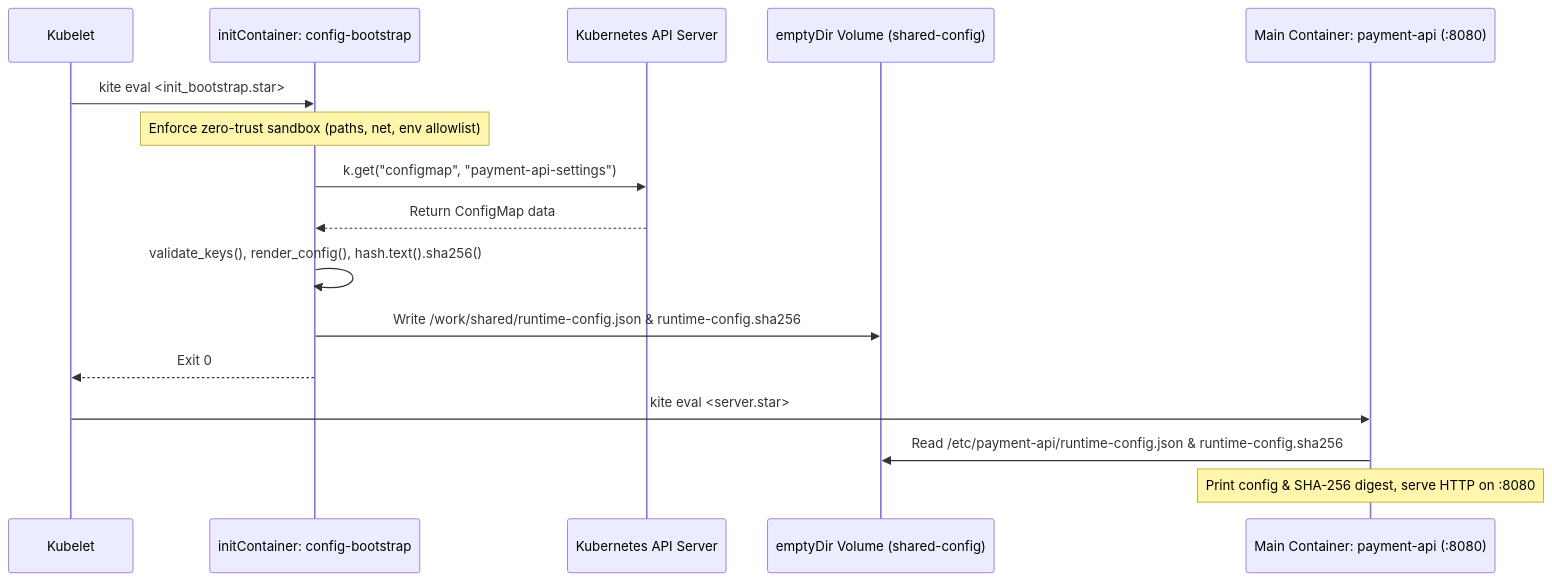
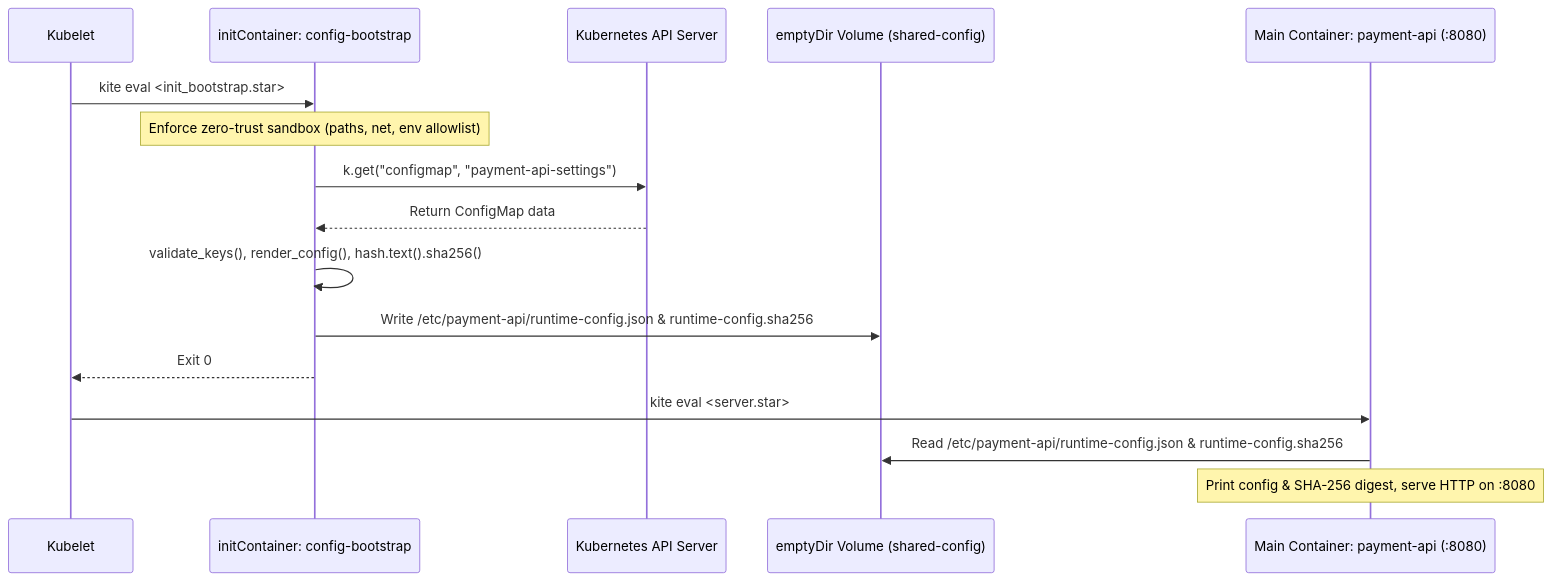
The diagram in k8s/init-cluster/README.md (project-starkite/starkite-tutorials), drawn with Mermaid before and after one commit. The commit also changed other lines of this file and 3 other files, not shown here.

Commit message:
refactor(k8s): align shared-config mount path to /etc/payment-api in init-cluster

````diff
--- a/k8s/init-cluster/README.md
+++ b/k8s/init-cluster/README.md
@@ -80,19 +80,19 @@
 ```mermaid
 sequenceDiagram
     participant Kubelet as Kubelet
     participant Init as initContainer: config-bootstrap
     participant API as Kubernetes API Server
     participant Vol as emptyDir Volume (shared-config)
     participant App as Main Container: payment-api (:8080)
 
     Kubelet->>Init: kite eval <init_bootstrap.star>
     Note over Init: Enforce zero-trust sandbox (paths, net, env allowlist)
     Init->>API: k.get("configmap", "payment-api-settings")
     API-->>Init: Return ConfigMap data
     Init->>Init: validate_keys(), render_config(), hash.text().sha256()
-    Init->>Vol: Write /work/shared/runtime-config.json & runtime-config.sha256
+    Init->>Vol: Write /etc/payment-api/runtime-config.json & runtime-config.sha256
     Init-->>Kubelet: Exit 0
     Kubelet->>App: kite eval <server.star>
     App->>Vol: Read /etc/payment-api/runtime-config.json & runtime-config.sha256
     Note over App: Print config & SHA-256 digest, serve HTTP on :8080
 ```
````
